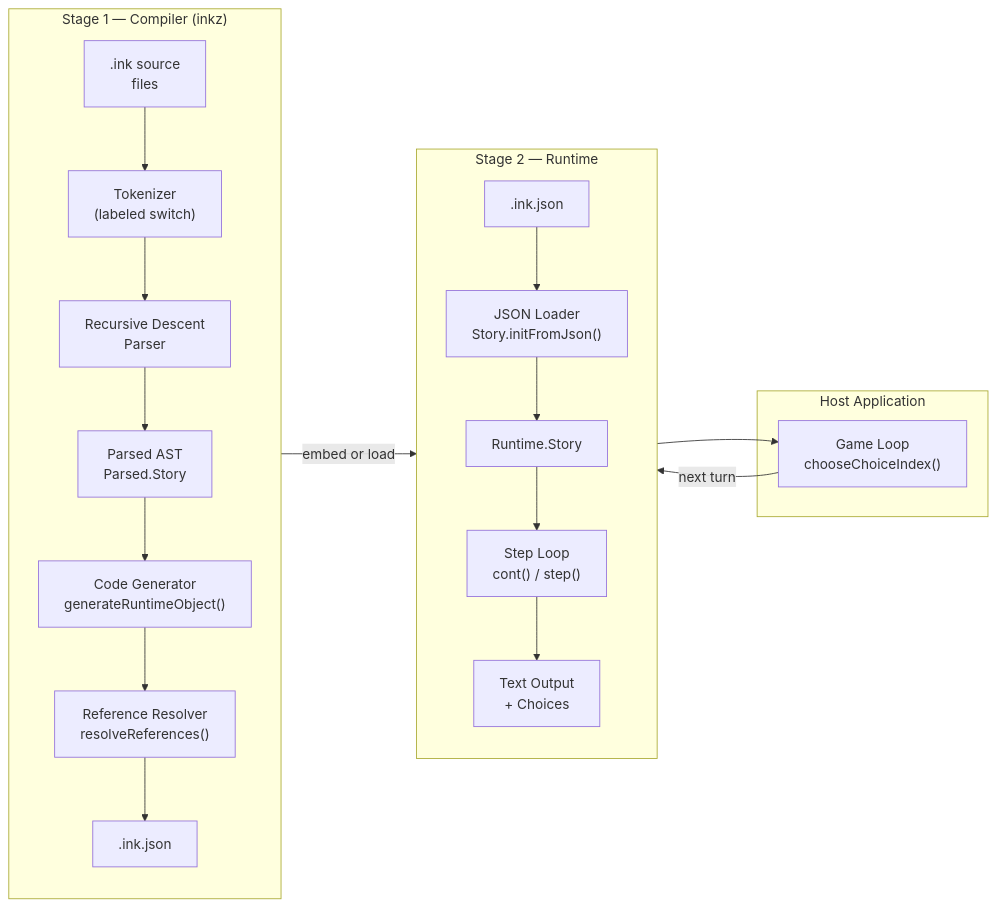
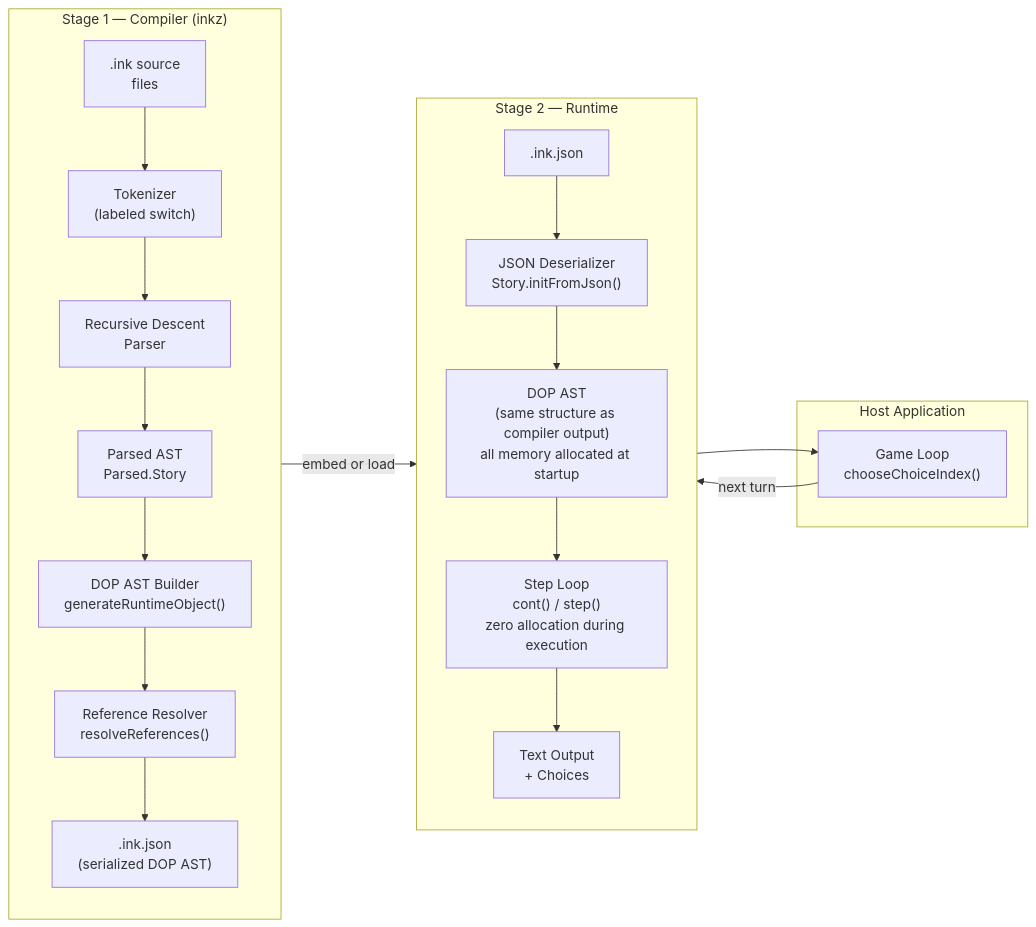
One commit to KreaturaArt/inkz changed the first of 8 diagrams in docs/Architecture.md. Above: the diagram before and after it, drawn with Mermaid. The commit also changed other lines of this file and 2 other files, not shown here.

First line of the commit message:
(docs) update architecture to reflect shared DOP AST and zero runtime allocation

````diff
--- a/docs/Architecture.md
+++ b/docs/Architecture.md
@@ -11,35 +11,35 @@
 ```mermaid
 flowchart LR
     subgraph Compiler["Stage 1 — Compiler (inkz)"]
         direction TB
         ink[".ink source\nfiles"]
         Tokenizer["Tokenizer\n(labeled switch)"]
         Parser["Recursive Descent\nParser"]
         ParsedAST["Parsed AST\nParsed.Story"]
-        CodeGen["Code Generator\ngenerateRuntimeObject()"]
+        CodeGen["DOP AST Builder\ngenerateRuntimeObject()"]
         RefResolve["Reference Resolver\nresolveReferences()"]
-        JSON[".ink.json"]
+        JSON[".ink.json\n(serialized DOP AST)"]
 
         ink --> Tokenizer --> Parser --> ParsedAST --> CodeGen --> RefResolve --> JSON
     end
 
     subgraph Runtime["Stage 2 — Runtime"]
         direction TB
         JSONIn[".ink.json"]
-        Loader["JSON Loader\nStory.initFromJson()"]
-        StoryObj["Runtime.Story"]
-        Engine["Step Loop\ncont() / step()"]
+        Loader["JSON Deserializer\nStory.initFromJson()"]
+        DOPASTNode["DOP AST\n(same structure as compiler output)\nall memory allocated at startup"]
+        Engine["Step Loop\ncont() / step()\nzero allocation during execution"]
         Output["Text Output\n+ Choices"]
 
-        JSONIn --> Loader --> StoryObj --> Engine --> Output
+        JSONIn --> Loader --> DOPASTNode --> Engine --> Output
     end
 
     JSON -->|embed or load| JSONIn
 
     subgraph Host["Host Application"]
         Game["Game Loop\nchooseChoiceIndex()"]
     end
 
     Output --> Game
     Game -->|next turn| Engine
 ```
````
